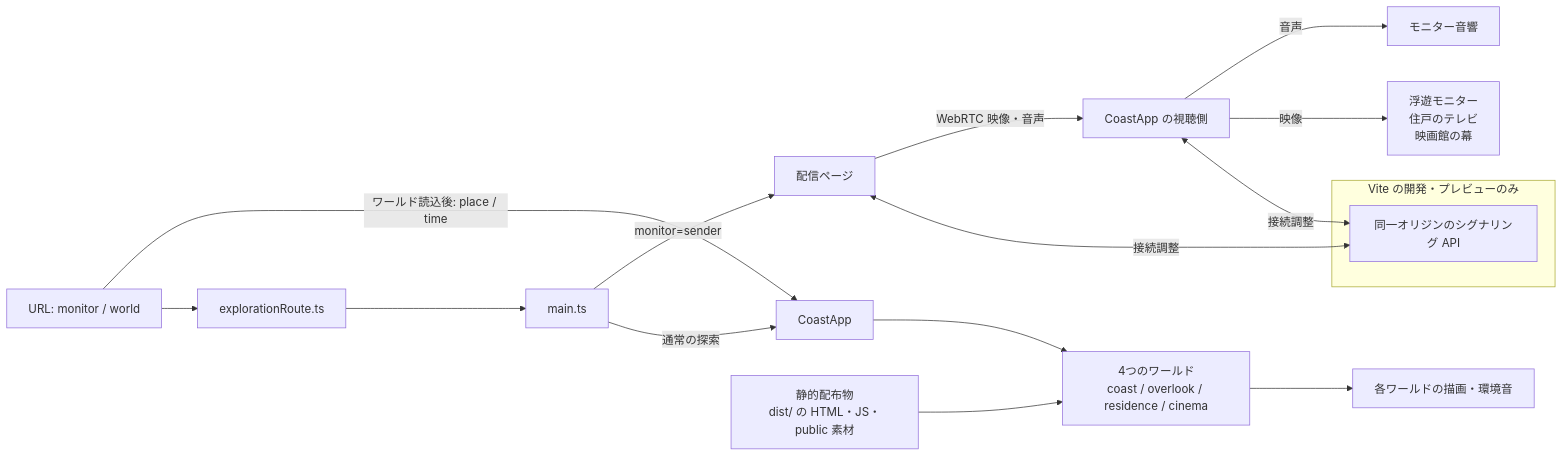
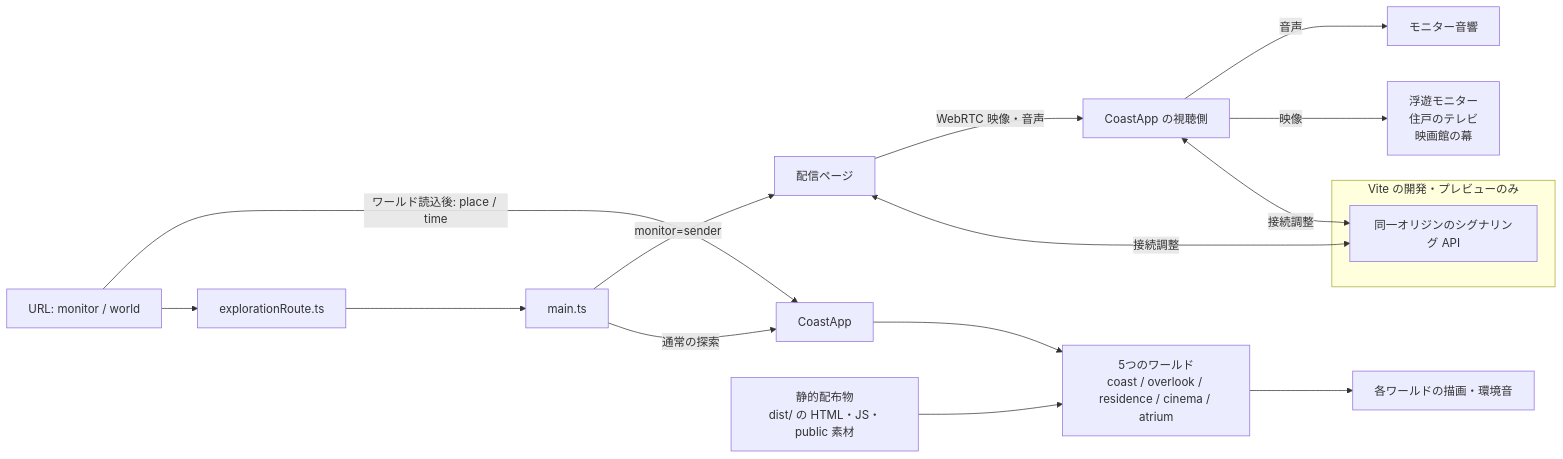
Before and after one commit to stillshore-chirp/lumen-pilgrimage: the diagram in docs/architecture.md, drawn with Mermaid. The commit also changed 38 other files, not shown here.

````diff
--- a/docs/architecture.md
+++ b/docs/architecture.md
@@ -14,20 +14,20 @@
 ```mermaid
 flowchart LR
   url["URL: monitor / world"] --> route["explorationRoute.ts"]
   route --> main["main.ts"]
   main -->|通常の探索| app["CoastApp"]
   url -->|ワールド読込後: place / time| app
   main -->|monitor=sender| sender["配信ページ"]
-  assets["静的配布物<br/>dist/ の HTML・JS・public 素材"] --> worlds["4つのワールド<br/>coast / overlook / residence / cinema"]
+  assets["静的配布物<br/>dist/ の HTML・JS・public 素材"] --> worlds["5つのワールド<br/>coast / overlook / residence / cinema / atrium"]
   app --> worlds
   worlds --> scene["各ワールドの描画・環境音"]
 
   subgraph viteOnly["Vite の開発・プレビューのみ"]
     signaling["同一オリジンのシグナリング API"]
   end
   sender <-->|接続調整| signaling
   viewer["CoastApp の視聴側"] <-->|接続調整| signaling
   sender -->|WebRTC 映像・音声| viewer
   viewer -->|映像| displays["浮遊モニター<br/>住戸のテレビ<br/>映画館の幕"]
   viewer -->|音声| monitorAudio["モニター音響"]
 ```
````
